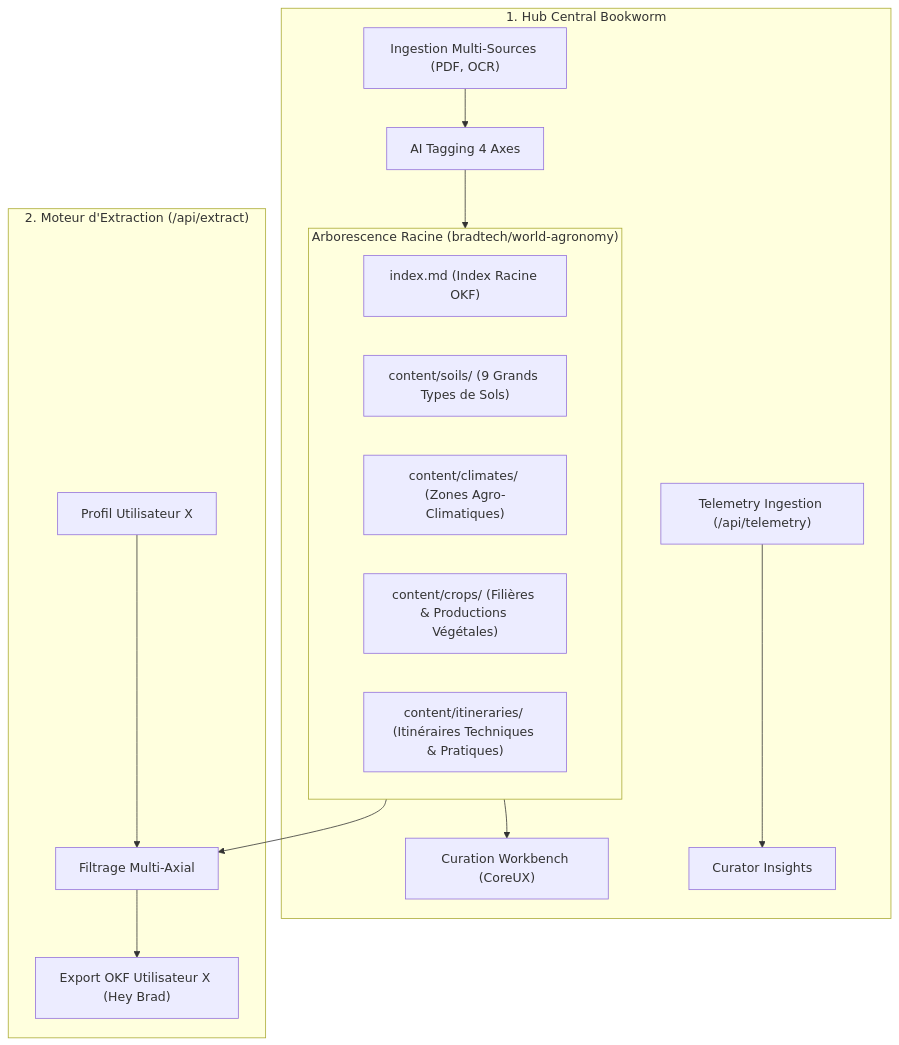
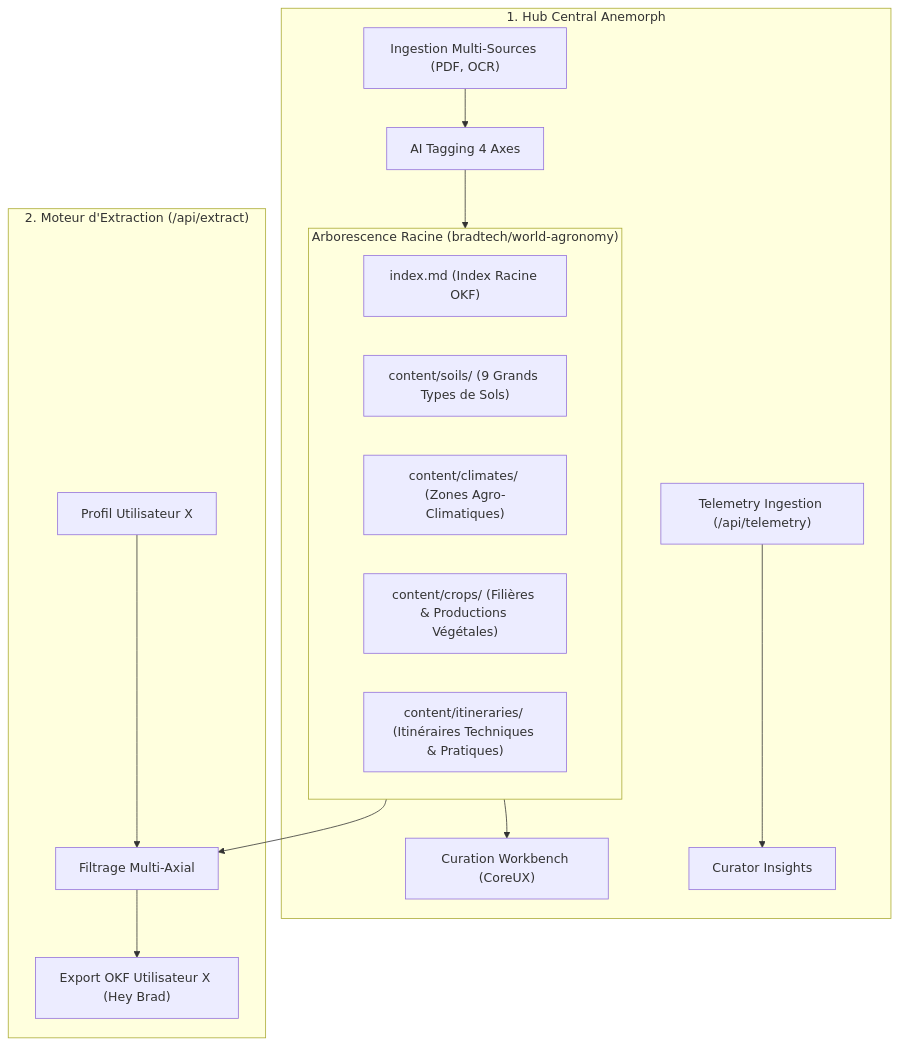
The diagram in POC_WORKBOOK.md (Quatrain/modaka-hub), drawn with Mermaid before and after one commit. The commit also changed other lines of this file and 15 other files, not shown here.

Commit message:
chore(rename): replace all references of Bookworm with Anemorph across codebase, package.json, configs, and documentation

````diff
--- a/POC_WORKBOOK.md
+++ b/POC_WORKBOOK.md
@@ -14,23 +14,23 @@
 ```mermaid
 flowchart TD
     subgraph RootStructure ["Arborescence Racine (bradtech/world-agronomy)"]
         RootIndex["index.md (Index Racine OKF)"]
         DirSoils["content/soils/ (9 Grands Types de Sols)"]
         DirClimates["content/climates/ (Zones Agro-Climatiques)"]
         DirCrops["content/crops/ (Filières & Productions Végétales)"]
         DirItineraries["content/itineraries/ (Itinéraires Techniques & Pratiques)"]
     end
 
-    subgraph Hub ["1. Hub Central Bookworm"]
+    subgraph Hub ["1. Hub Central Anemorph"]
         RawDocs["Ingestion Multi-Sources (PDF, OCR)"] --> AI["AI Tagging 4 Axes"]
         AI --> RootStructure
         RootStructure --> Workbench["Curation Workbench (CoreUX)"]
         TelemetryCollector["Telemetry Ingestion (/api/telemetry)"] --> Analytics["Curator Insights"]
     end
 
     subgraph Extraction ["2. Moteur d'Extraction (/api/extract)"]
         UserProfile["Profil Utilisateur X"] --> FilterEngine["Filtrage Multi-Axial"]
         RootStructure --> FilterEngine
         FilterEngine --> UserOKF["Export OKF Utilisateur X (Hey Brad)"]
     end
 ```
````
